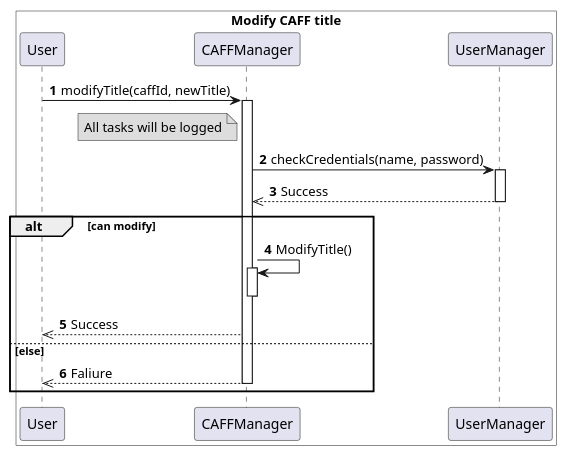
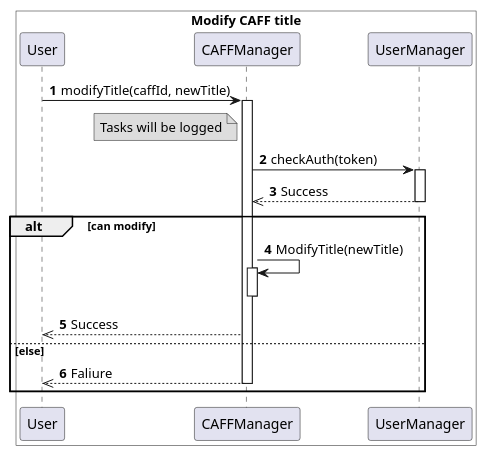
One commit to DRKV333/WannaCrySys changed the diagram in uml/caff_modify_title.puml. Above: the diagram before and after it, drawn with PlantUML. The commit also changed 4 other files, not shown here.

Commit message:
Added comment sequence diagram and fixed the others

```diff
--- a/uml/caff_modify_title.puml
+++ b/uml/caff_modify_title.puml
@@ -1,37 +1,37 @@
 @startuml
 autonumber 1
 
 box "Modify CAFF title" #FFF
 
 User -> CAFFManager: modifyTitle(caffId, newTitle)
 activate CAFFManager
 
 note left of CAFFManager #DDD
-All tasks will be logged
+Tasks will be logged
 end note
 
-CAFFManager -> UserManager: checkCredentials(name, password)
+CAFFManager -> UserManager: checkAuth(token)
 activate UserManager
 
 CAFFManager <<-- UserManager: Success
 deactivate UserManager
 
 alt can modify
 
-CAFFManager -> CAFFManager: ModifyTitle()
+CAFFManager -> CAFFManager: ModifyTitle(newTitle)
 activate CAFFManager
 
 deactivate CAFFManager
 
 User <<-- CAFFManager: Success
 
 else else
 
 User <<-- CAFFManager: Faliure
 deactivate CAFFManager
 
 end
 
 end box
 
 @enduml
```
